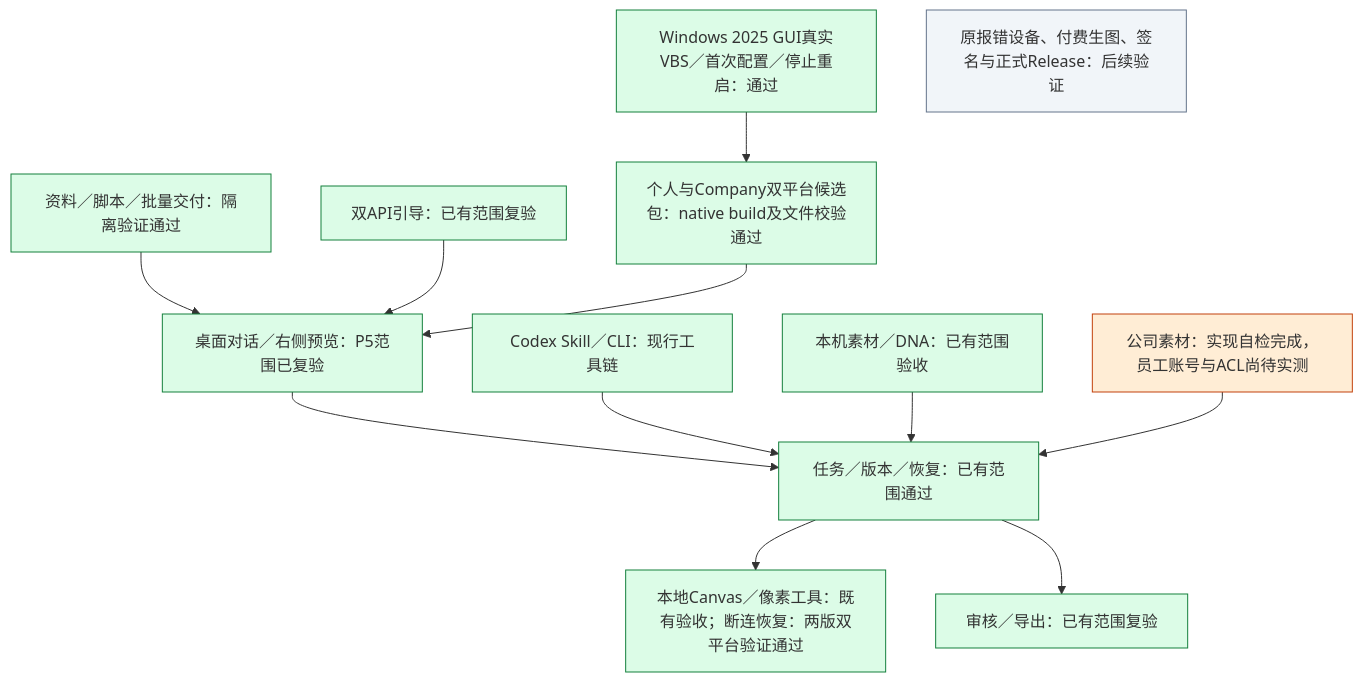
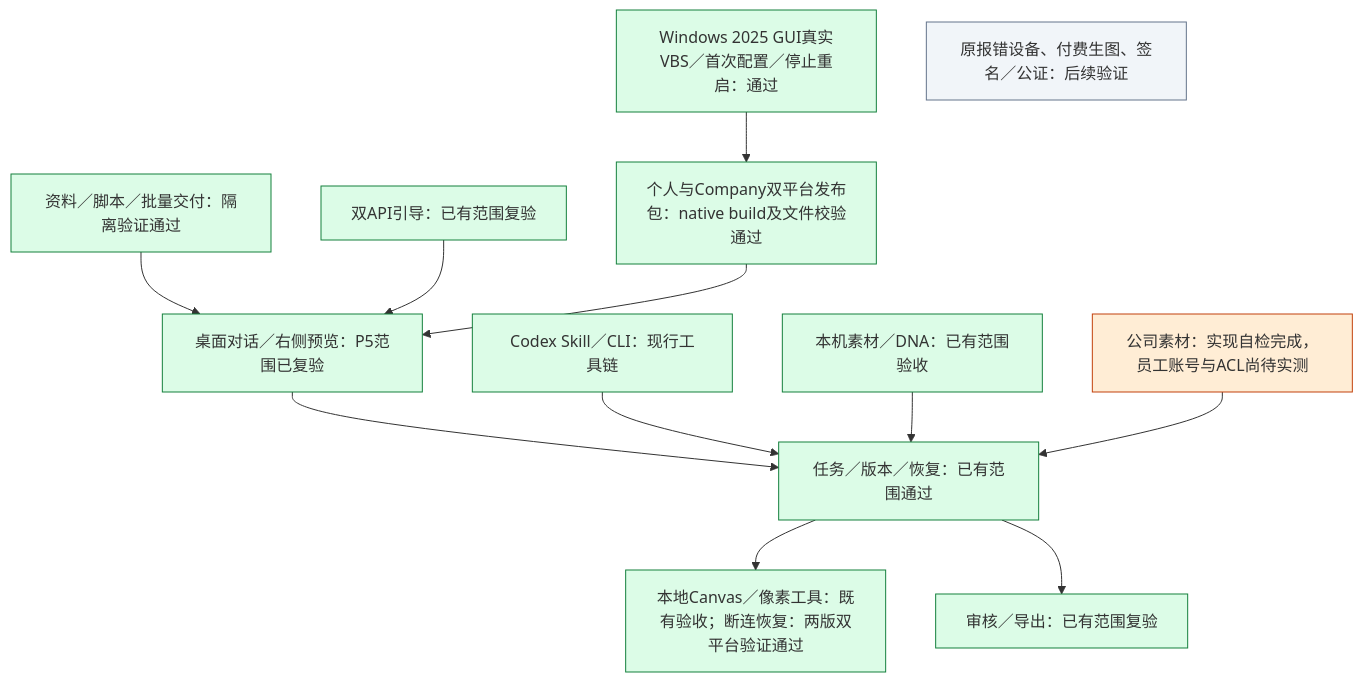
One commit to akechi0819-lgtm/creative-Agent-studio changed the third of 3 diagrams in docs/工程进度.md. Above: the diagram before and after it, drawn with Mermaid. The commit also changed other lines of this file and 4 other files, not shown here.

````diff
--- a/docs/工程进度.md
+++ b/docs/工程进度.md
@@ -97,20 +97,20 @@
 ```mermaid
 flowchart TB
     WEB["桌面对话／右侧预览：P5范围已复验"] --> CORE["任务／版本／恢复：已有范围通过"]
     CLI["Codex Skill／CLI：现行工具链"] --> CORE
     LIB["本机素材／DNA：已有范围验收"] --> CORE
     TOOLS["资料／脚本／批量交付：隔离验证通过"] --> WEB
     GUIDE["双API引导：已有范围复验"] --> WEB
     CORE --> CANVAS["本地Canvas／像素工具：既有验收；断连恢复：两版双平台验证通过"]
     CORE --> EXPORT["审核／导出：已有范围复验"]
-    DIST["个人与Company双平台候选包：native build及文件校验通过"] --> WEB
+    DIST["个人与Company双平台发布包：native build及文件校验通过"] --> WEB
     WIN["Windows 2025 GUI真实VBS／首次配置／停止重启：通过"] --> DIST
     COMPANY["公司素材：实现自检完成，员工账号与ACL尚待实测"] --> CORE
-    LATER["原报错设备、付费生图、签名与正式Release：后续验证"]
+    LATER["原报错设备、付费生图、签名／公证：后续验证"]
     classDef done fill:#dcfce7,stroke:#15803d;
     classDef current fill:#ffedd5,stroke:#c2410c;
     classDef later fill:#f1f5f9,stroke:#64748b;
     class WEB,CLI,LIB,TOOLS,GUIDE,CORE,CANVAS,EXPORT,DIST,WIN done;
     class COMPANY current;
     class LATER later;
 ```
````
